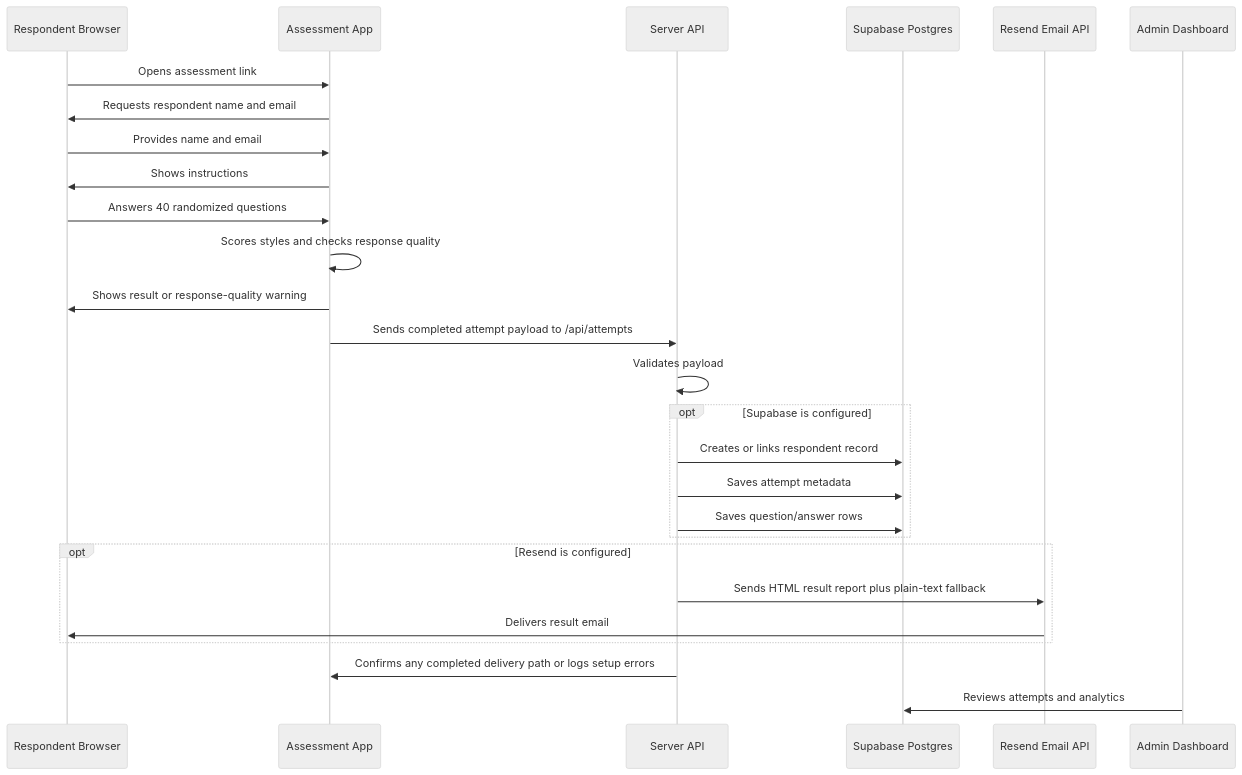
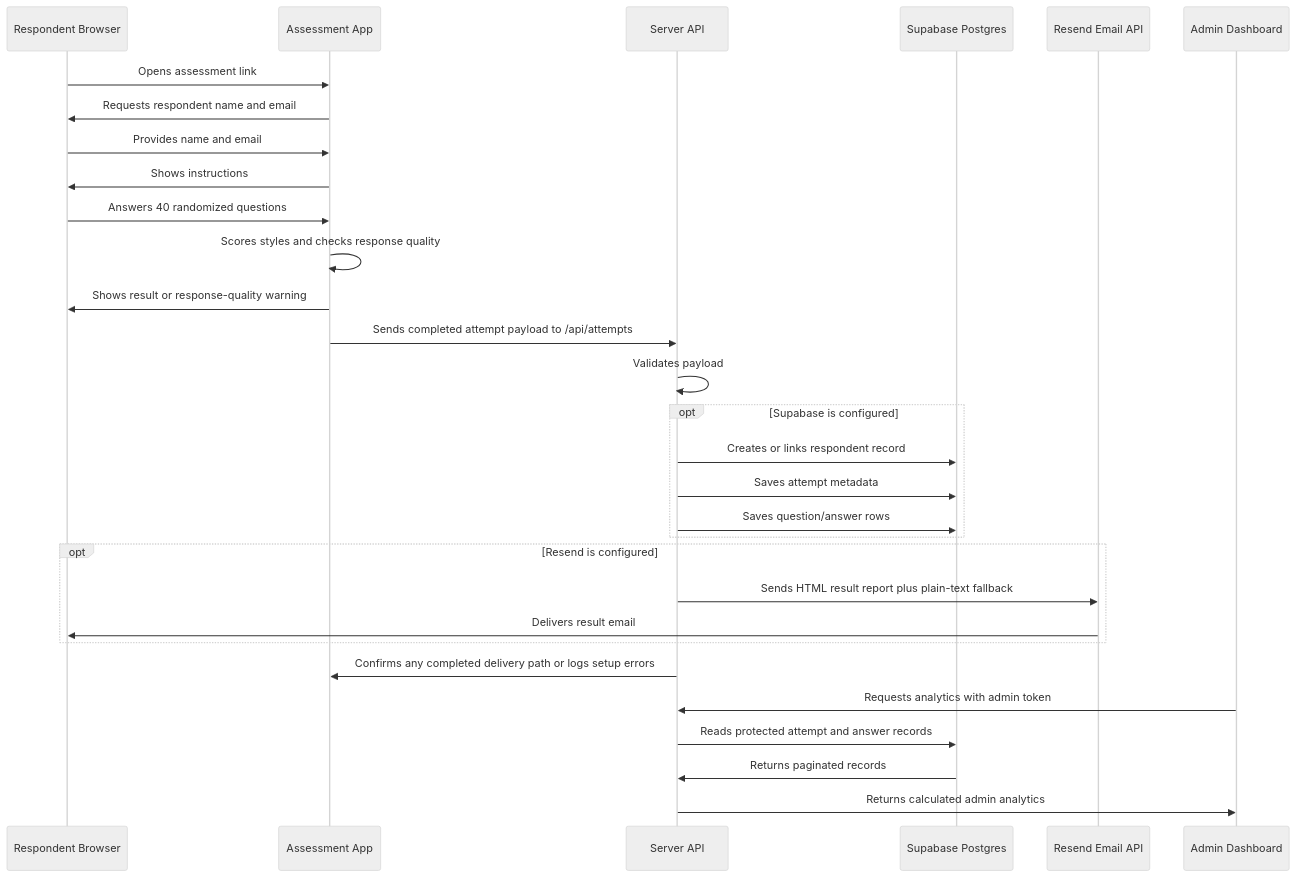
Before and after one commit to campojo/2.0_Leadership: the second of 3 diagrams in ARCHITECTURE_OVERVIEW.md, drawn with Mermaid (neutral theme). The commit also changed other lines of this file and 9 other files, not shown here.

Commit message:
Build protected leadership analytics dashboard

````diff
--- a/ARCHITECTURE_OVERVIEW.md
+++ b/ARCHITECTURE_OVERVIEW.md
@@ -80,30 +84,33 @@
 ```mermaid
 sequenceDiagram
   participant R as Respondent Browser
   participant A as Assessment App
   participant API as Server API
   participant DB as Supabase Postgres
   participant Email as Resend Email API
   participant Admin as Admin Dashboard
 
   R->>A: Opens assessment link
   A->>R: Requests respondent name and email
   R->>A: Provides name and email
   A->>R: Shows instructions
   R->>A: Answers 40 randomized questions
   A->>A: Scores styles and checks response quality
   A->>R: Shows result or response-quality warning
   A->>API: Sends completed attempt payload to /api/attempts
   API->>API: Validates payload
   opt Supabase is configured
     API->>DB: Creates or links respondent record
     API->>DB: Saves attempt metadata
     API->>DB: Saves question/answer rows
   end
   opt Resend is configured
     API->>Email: Sends HTML result report plus plain-text fallback
     Email->>R: Delivers result email
   end
   API->>A: Confirms any completed delivery path or logs setup errors
-  Admin->>DB: Reviews attempts and analytics
+  Admin->>API: Requests analytics with admin token
+  API->>DB: Reads protected attempt and answer records
+  DB->>API: Returns paginated records
+  API->>Admin: Returns calculated admin analytics
 ```
````
